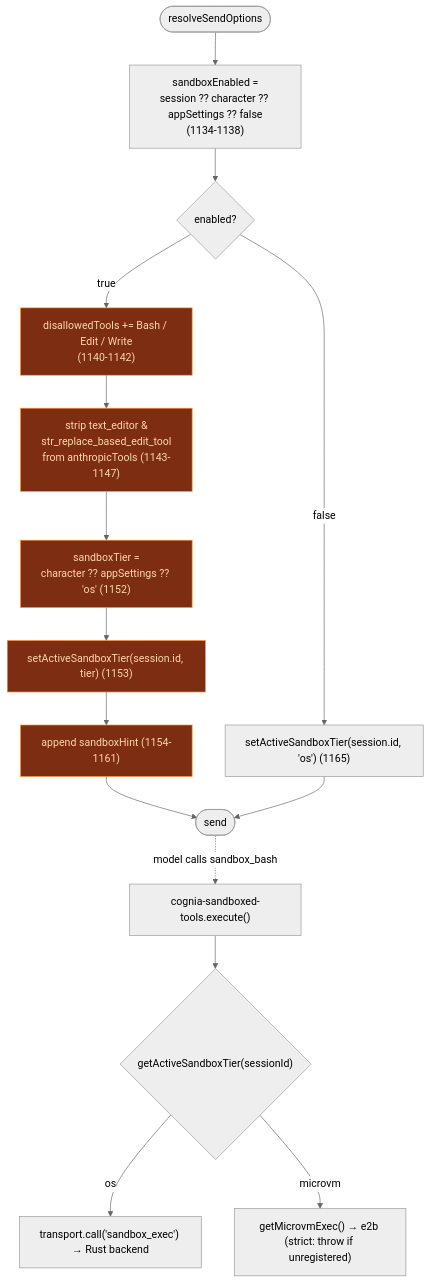
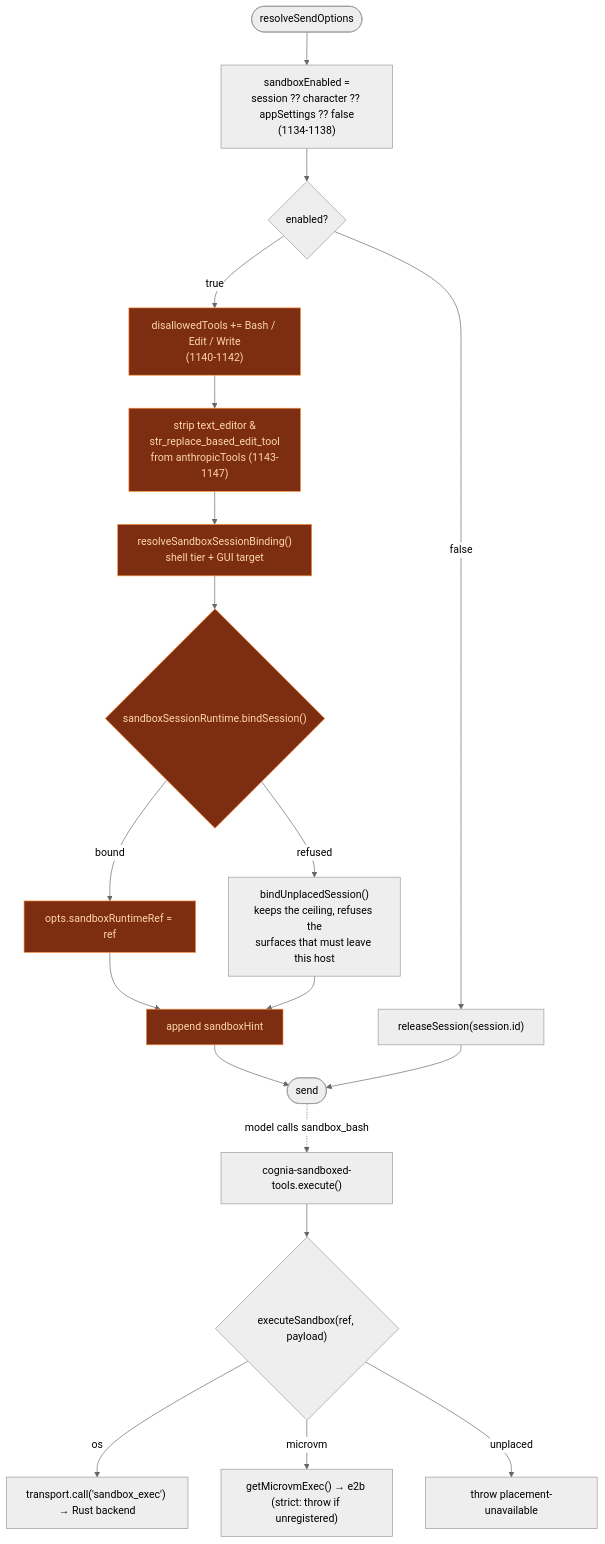
Before and after one commit to MaxQian888/cognia-next: the diagram in docs/content/docs/en/subsystems/sandbox/execution-overview.mdx, drawn with Mermaid (neutral theme). The commit also changed other lines of this file and 14 other files, not shown here.

First line of the commit message:
docs(platform): document runtime refs, workspace bundles and placement

````diff
--- a/docs/content/docs/en/subsystems/sandbox/execution-overview.mdx
+++ b/docs/content/docs/en/subsystems/sandbox/execution-overview.mdx
@@ -113,23 +157,27 @@
 ```mermaid
 flowchart TD
   Start([resolveSendOptions]) --> Resolve["sandboxEnabled =<br/>session ?? character ?? appSettings ?? false<br/>(1134-1138)"]
   Resolve --> Gate{enabled?}
 
   Gate -->|true| Deny["disallowedTools += Bash / Edit / Write<br/>(1140-1142)"]
   Deny --> Filter["strip text_editor &<br/>str_replace_based_edit_tool<br/>from anthropicTools (1143-1147)"]
-  Filter --> Tier["sandboxTier =<br/>character ?? appSettings ?? 'os' (1152)"]
-  Tier --> Stamp["setActiveSandboxTier(session.id, tier) (1153)"]
-  Stamp --> Hint["append sandboxHint (1154-1161)"]
+  Filter --> Tier["resolveSandboxSessionBinding()<br/>shell tier + GUI target"]
+  Tier --> Bind{"sandboxSessionRuntime.bindSession()"}
+  Bind -->|bound| Stamp["opts.sandboxRuntimeRef = ref"]
+  Bind -->|refused| Unplaced["bindUnplacedSession()<br/>keeps the ceiling, refuses the<br/>surfaces that must leave this host"]
+  Stamp --> Hint["append sandboxHint"]
+  Unplaced --> Hint
   Hint --> Done([send])
 
-  Gate -->|false| Reset["setActiveSandboxTier(session.id, 'os') (1165)"]
+  Gate -->|false| Reset["releaseSession(session.id)"]
   Reset --> Done
 
   Done -.->|"model calls sandbox_bash"| Plugin["cognia-sandboxed-tools.execute()"]
-  Plugin --> Router{"getActiveSandboxTier(sessionId)"}
+  Plugin --> Router{"executeSandbox(ref, payload)"}
   Router -->|os| OSExec["transport.call('sandbox_exec') → Rust backend"]
   Router -->|microvm| MV["getMicrovmExec() → e2b (strict: throw if unregistered)"]
+  Router -->|unplaced| Refuse["throw placement-unavailable"]
 
   classDef on fill:#7c2d12,stroke:#fb923c,color:#fed7aa
-  class Deny,Filter,Tier,Stamp,Hint on
+  class Deny,Filter,Tier,Bind,Stamp,Hint on
 ```
````
